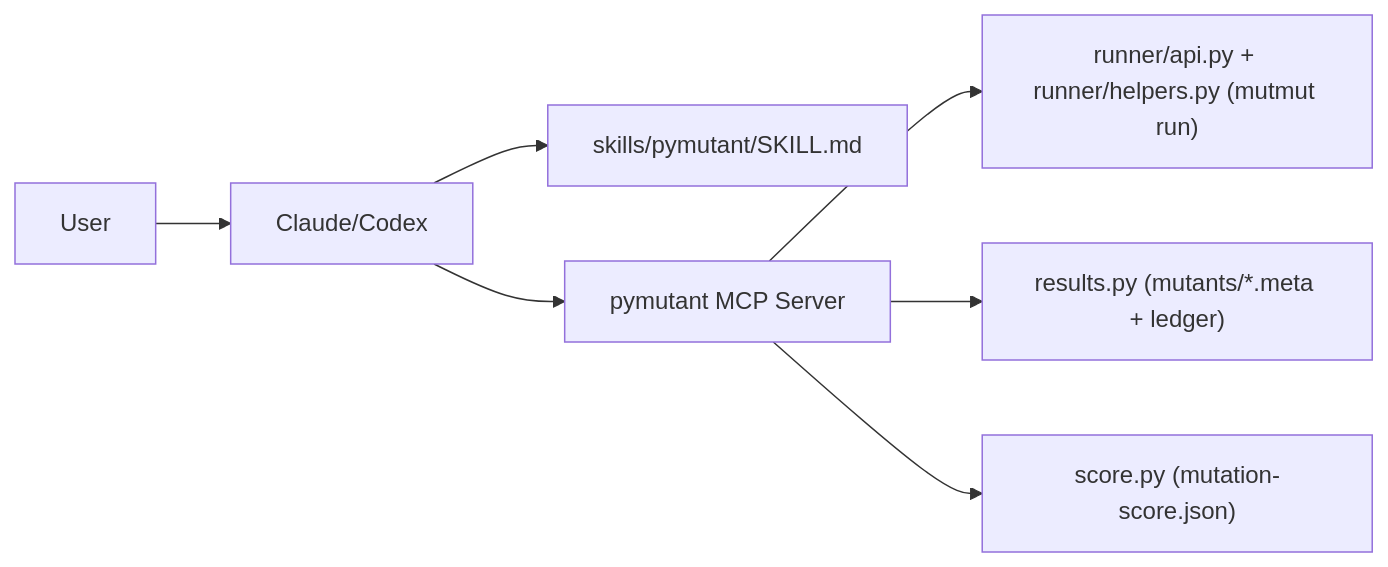
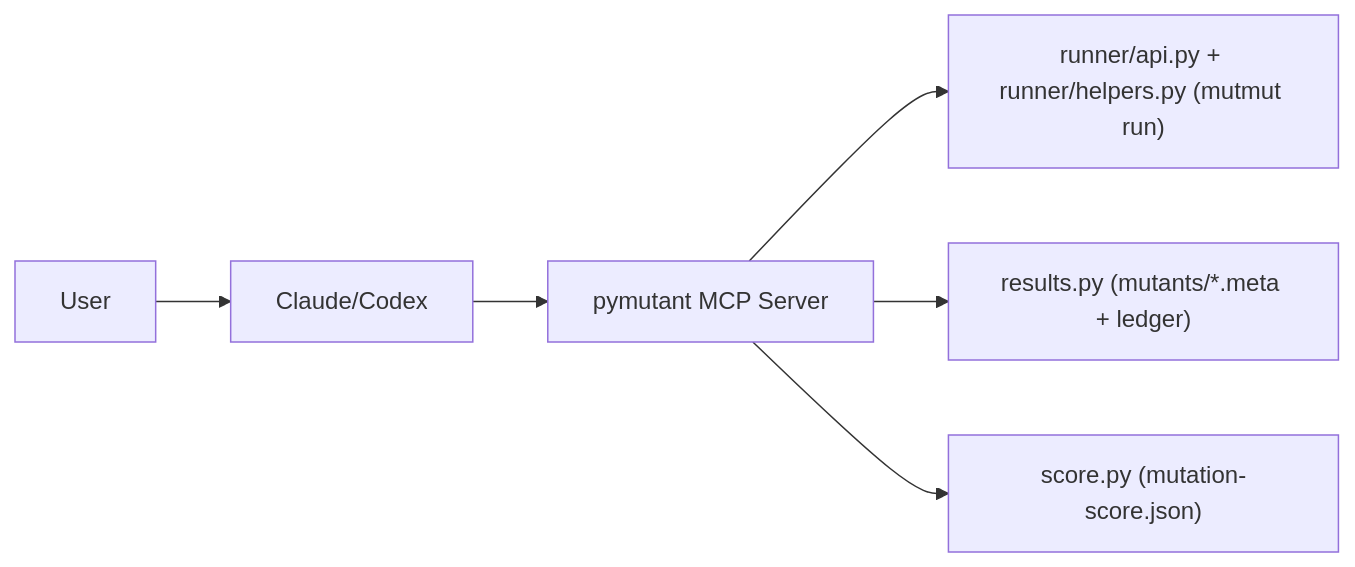
One commit to provide-io/pymutant-mcp changed the first of 2 diagrams in README.md. Above: the diagram before and after it, drawn with Mermaid. The commit also changed other lines of this file and 56 other files, not shown here.

````diff
--- a/README.md
+++ b/README.md
@@ -124,9 +159,8 @@
 ```mermaid
 flowchart LR
     U["User"] --> C["Claude/Codex"]
-    C --> S["skills/pymutant/SKILL.md"]
     C --> M["pymutant MCP Server"]
     M --> R["runner/api.py + runner/helpers.py (mutmut run)"]
     M --> RS["results.py (mutants/*.meta + ledger)"]
     M --> SC["score.py (mutation-score.json)"]
 ```
````
